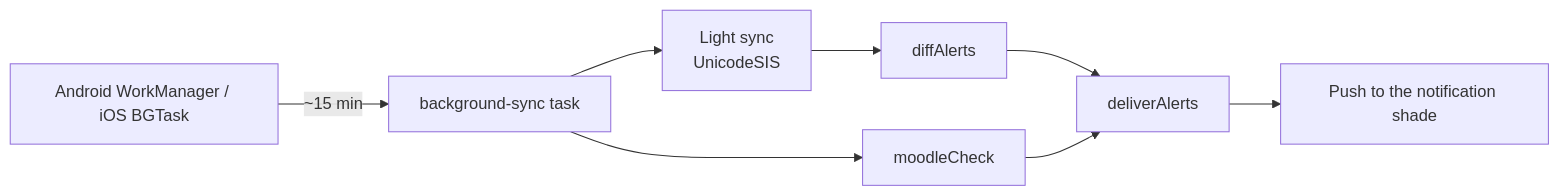
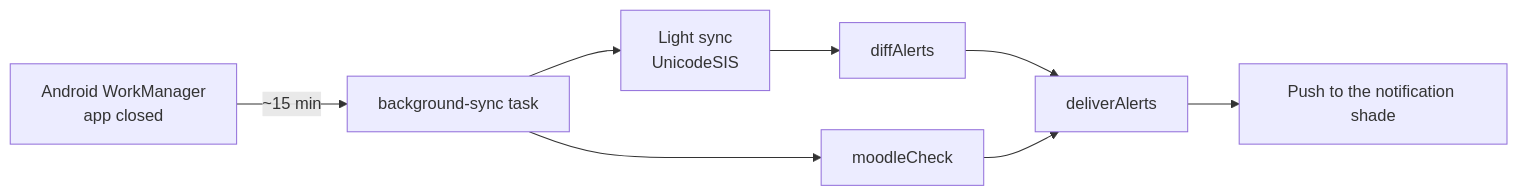
The diagram in docs/NOTIFICATIONS.md (3bdomos2afa/SU-student), drawn with Mermaid before and after one commit. The commit also changed other lines of this file and 30 other files, not shown here.

````diff
--- a/docs/NOTIFICATIONS.md
+++ b/docs/NOTIFICATIONS.md
@@ -33,10 +33,10 @@
 ```mermaid
 flowchart LR
-  OS["Android WorkManager / iOS BGTask"] -->|"~15 min"| T["background-sync task"]
+  OS["Android WorkManager<br/>app closed"] -->|"~15 min"| T["background-sync task"]
   T --> L["Light sync<br/>UnicodeSIS"]
   L --> D["diffAlerts"]
   T --> M["moodleCheck"]
   D --> X["deliverAlerts"]
   M --> X
   X --> P["Push to the notification shade"]
 ```
````
